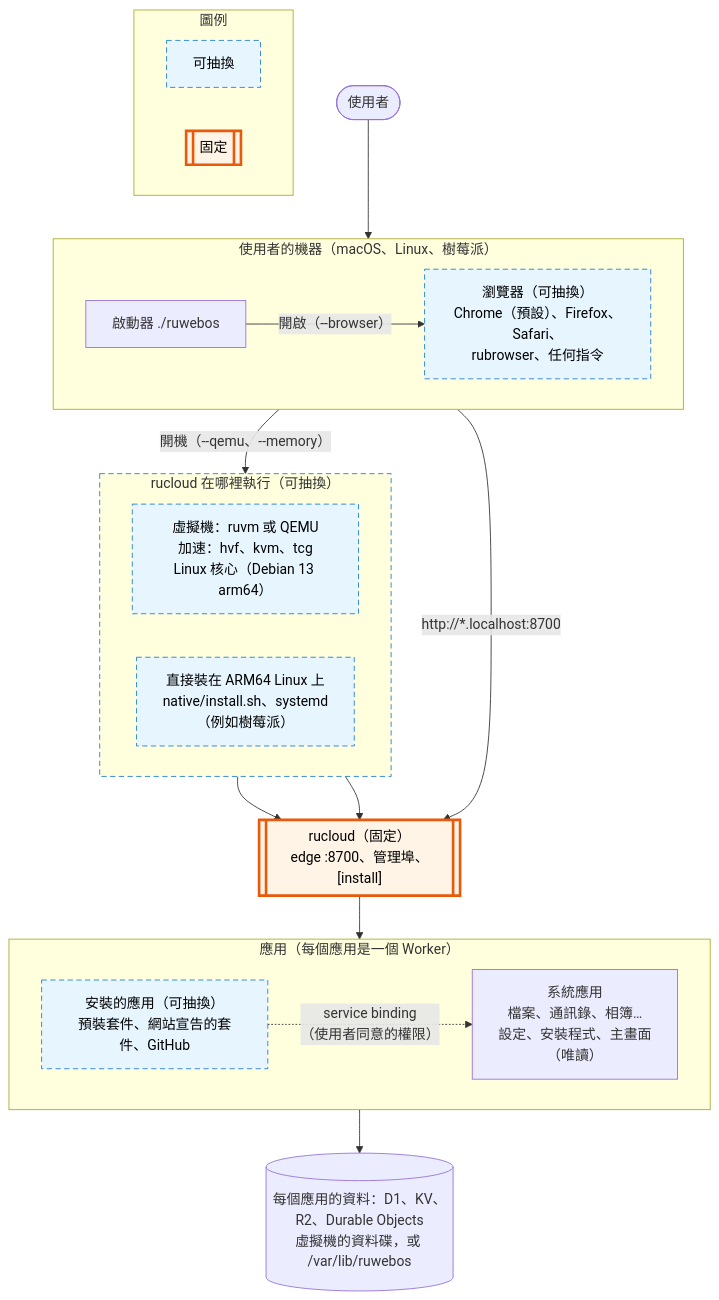
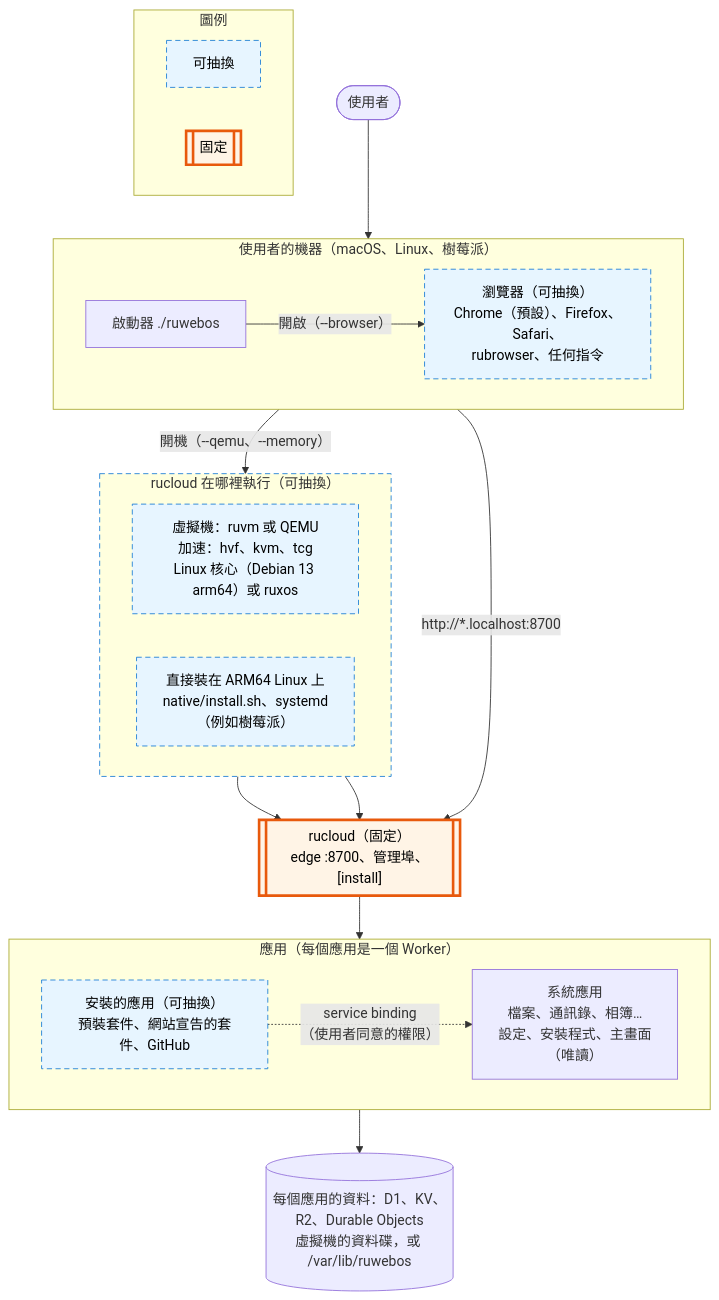
One commit to ccc-claude-opus/ruwebos changed the diagram in README.md. Above: the diagram before and after it, drawn with Mermaid. The commit also changed other lines of this file and 2 other files, not shown here.

Commit message:
ruwebos --kernel ruxos: boot the same system and data disks on the ruxos kernel (root=, no initrd, ruwebos.isolation=auto); init honours ruwebos.isolation=

````diff
--- a/README.md
+++ b/README.md
@@ -39,48 +39,48 @@
 ```mermaid
 flowchart TB
   user(["使用者"])
 
   subgraph host["使用者的機器（macOS、Linux、樹莓派）"]
     direction LR
     launcher["啟動器 ./ruwebos"]
     browser["瀏覽器（可抽換）<br/>Chrome（預設）、Firefox、Safari、<br/>rubrowser、任何指令"]
   end
 
   subgraph where["rucloud 在哪裡執行（可抽換）"]
     direction LR
-    vmimpl["虛擬機：ruvm 或 QEMU<br/>加速：hvf、kvm、tcg<br/>Linux 核心（Debian 13 arm64）"]
+    vmimpl["虛擬機：ruvm 或 QEMU<br/>加速：hvf、kvm、tcg<br/>Linux 核心（Debian 13 arm64）或 ruxos"]
     native["直接裝在 ARM64 Linux 上<br/>native/install.sh、systemd<br/>（例如樹莓派）"]
   end
 
   rucloud[["rucloud（固定）<br/>edge :8700、管理埠、[install]"]]
 
   subgraph apps["應用（每個應用是一個 Worker）"]
     direction LR
     sysapps["系統應用<br/>檔案、通訊錄、相簿…<br/>設定、安裝程式、主畫面<br/>（唯讀）"]
     installed["安裝的應用（可抽換）<br/>預裝套件、網站宣告的套件、GitHub"]
   end
 
   store[("每個應用的資料：D1、KV、R2、Durable Objects<br/>虛擬機的資料碟，或 /var/lib/ruwebos")]
 
   user --> browser
   launcher -- "開機（--qemu、--memory）" --> vmimpl
   launcher -- "開啟（--browser）" --> browser
   browser -- "http://*.localhost:8700" --> rucloud
   vmimpl --> rucloud
   native --> rucloud
   rucloud --> apps
   installed -. "service binding<br/>（使用者同意的權限）" .-> sysapps
   apps --> store
 
   subgraph legend["圖例"]
     direction LR
     l1["可抽換"]
     l2[["固定"]]
   end
 
   classDef swap fill:#e7f5ff,stroke:#1c7ed6,stroke-dasharray:6 4,color:#000
   classDef fixed fill:#fff4e6,stroke:#e8590c,stroke-width:3px,color:#000
   class browser,installed,vmimpl,native,l1 swap
   class rucloud,l2 fixed
   style where stroke:#1c7ed6,stroke-dasharray:6 4
 ```
````
